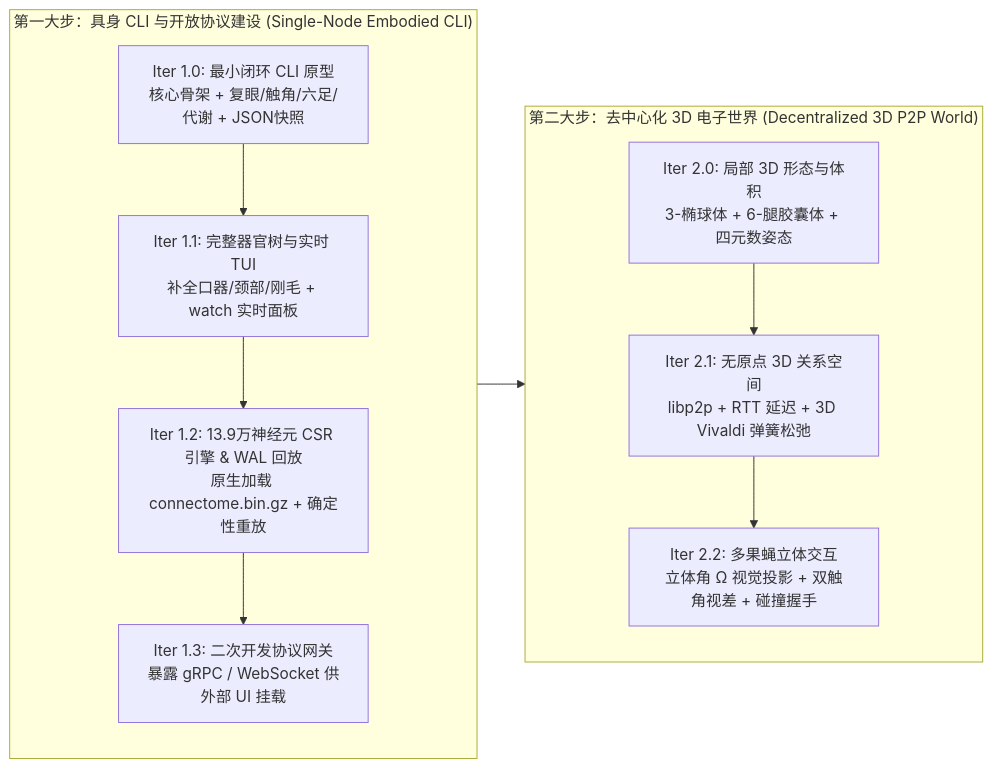
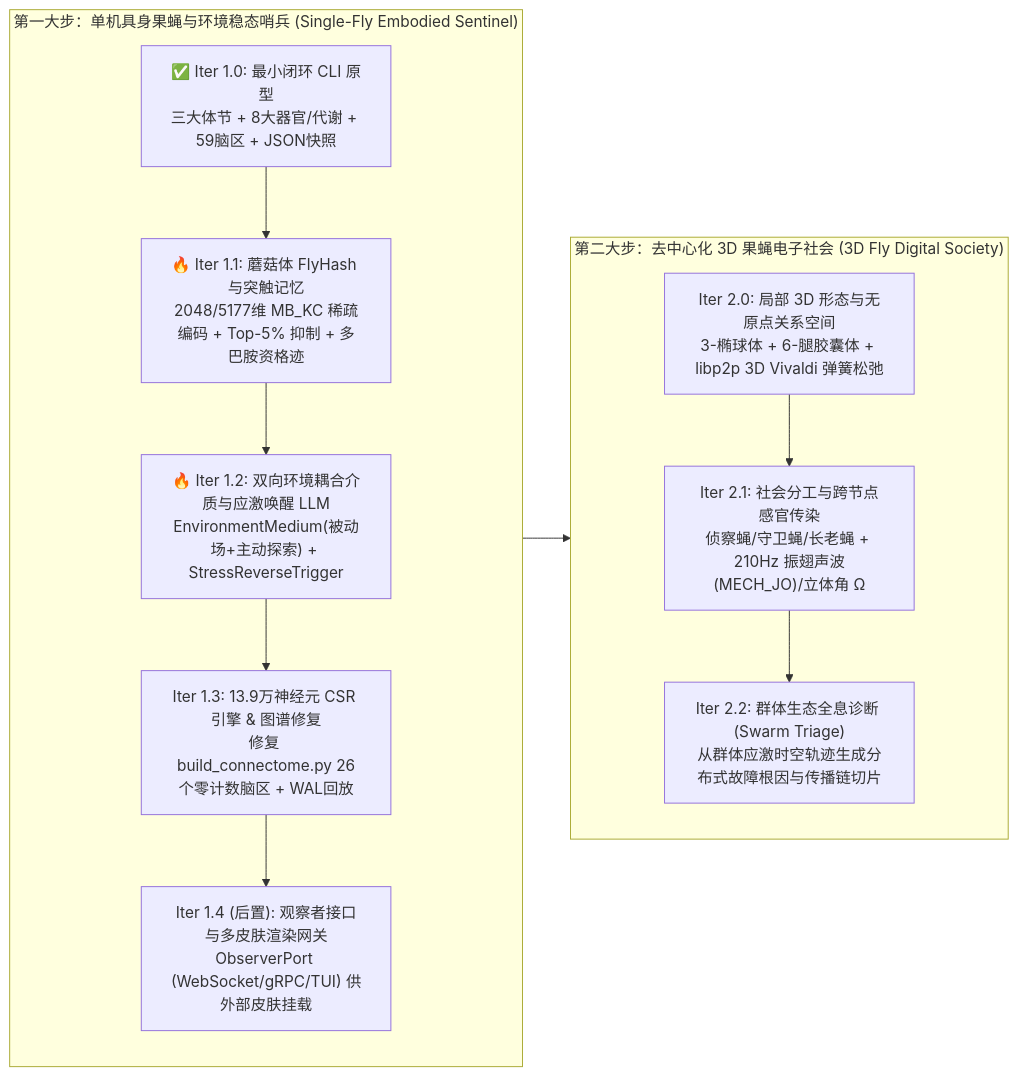
Before and after one commit to JHinW/flybrain: the third of 3 diagrams in doc/virtual-body-and-decentralized-3d-world.md, drawn with Mermaid. The commit also changed other lines of this file and 1 other file, not shown here.

Commit message:
docs: add fly digital society, FlyHash capacity, EnvironmentMedium, and ObserverPort architecture

````diff
--- a/doc/virtual-body-and-decentralized-3d-world.md
+++ b/doc/virtual-body-and-decentralized-3d-world.md
@@ -287,13 +287,14 @@
 ```mermaid
 flowchart LR
-    subgraph Stage1["第一大步：具身 CLI 与开放协议建设 (Single-Node Embodied CLI)"]
-        I1["Iter 1.0: 最小闭环 CLI 原型<br>核心骨架 + 复眼/触角/六足/代谢 + JSON快照"] --> I2["Iter 1.1: 完整器官树与实时 TUI<br>补全口器/颈部/刚毛 + watch 实时面板"]
-        I2 --> I3["Iter 1.2: 13.9万神经元 CSR 引擎 & WAL 回放<br>原生加载 connectome.bin.gz + 确定性重放"]
-        I3 --> I4["Iter 1.3: 二次开发协议网关<br>暴露 gRPC / WebSocket 供外部 UI 挂载"]
+    subgraph Stage1["第一大步：单机具身果蝇与环境稳态哨兵 (Single-Fly Embodied Sentinel)"]
+        I1["✅ Iter 1.0: 最小闭环 CLI 原型<br>三大体节 + 8大器官/代谢 + 59脑区 + JSON快照"] --> I2["🔥 Iter 1.1: 蘑菇体 FlyHash 与突触记忆<br>2048/5177维 MB_KC 稀疏编码 + Top-5% 抑制 + 多巴胺资格迹"]
+        I2 --> I3["🔥 Iter 1.2: 双向环境耦合介质与应激唤醒 LLM<br>EnvironmentMedium(被动场+主动探索) + StressReverseTrigger"]
+        I3 --> I4["Iter 1.3: 13.9万神经元 CSR 引擎 & 图谱修复<br>修复 build_connectome.py 26个零计数脑区 + WAL回放"]
+        I4 --> I5["Iter 1.4 (后置): 观察者接口与多皮肤渲染网关<br>ObserverPort (WebSocket/gRPC/TUI) 供外部皮肤挂载"]
     end
-    subgraph Stage2["第二大步：去中心化 3D 电子世界 (Decentralized 3D P2P World)"]
-        P1["Iter 2.0: 局部 3D 形态与体积<br>3-椭球体 + 6-腿胶囊体 + 四元数姿态"] --> P2["Iter 2.1: 无原点 3D 关系空间<br>libp2p + RTT 延迟 + 3D Vivaldi 弹簧松弛"]
-        P2 --> P3["Iter 2.2: 多果蝇立体交互<br>立体角 Ω 视觉投影 + 双触角视差 + 碰撞握手"]
+    subgraph Stage2["第二大步：去中心化 3D 果蝇电子社会 (3D Fly Digital Society)"]
+        P1["Iter 2.0: 局部 3D 形态与无原点关系空间<br>3-椭球体 + 6-腿胶囊体 + libp2p 3D Vivaldi 弹簧松弛"] --> P2["Iter 2.1: 社会分工与跨节点感官传染<br>侦察蝇/守卫蝇/长老蝇 + 210Hz 振翅声波(MECH_JO)/立体角 Ω"]
+        P2 --> P3["Iter 2.2: 群体生态全息诊断 (Swarm Triage)<br>从群体应激时空轨迹生成分布式故障根因与传播链切片"]
     end
     Stage1 --> Stage2
 ```
````
